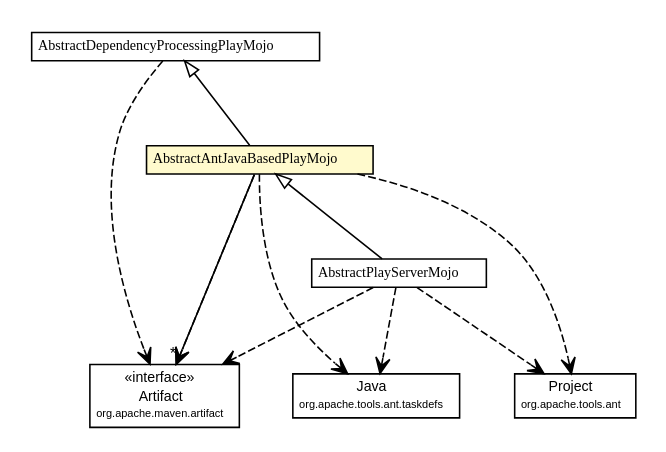
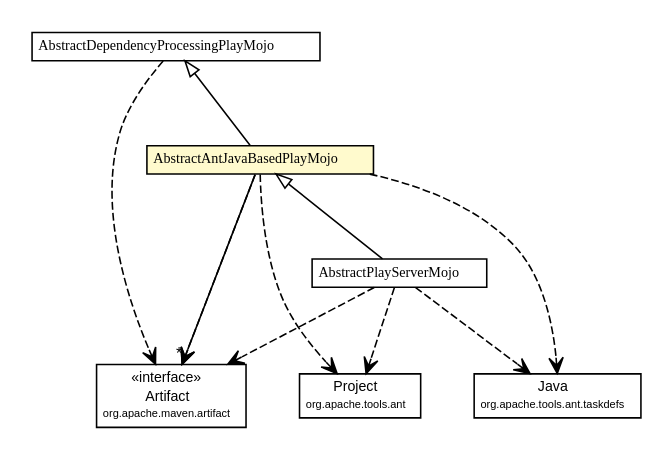
The diagram in play1-maven-plugin/1.0.0-beta8-SNAPSHOT/play-maven-plugin/apidocs/com/google/code/play/AbstractAntJavaBasedPlayMojo.dot (play1-maven-plugin/play1-maven-plugin.github.io), drawn with Graphviz before and after one commit. The commit also changed 232 other files, not shown here.

Commit message:
"play-maven-plugin" site for version "1.0.0-beta8-SNAPSHOT" updated.

```diff
--- a/play1-maven-plugin/1.0.0-beta8-SNAPSHOT/play-maven-plugin/apidocs/com/google/code/play/AbstractAntJavaBasedPlayMojo.dot
+++ b/play1-maven-plugin/1.0.0-beta8-SNAPSHOT/play-maven-plugin/apidocs/com/google/code/play/AbstractAntJavaBasedPlayMojo.dot
@@ -1,72 +1,72 @@
 #!/usr/local/bin/dot
 #
 # Class diagram 
 # Generated by UMLGraph version R5_6-24-gf6e263 (http://www.umlgraph.org/)
 #
 
 digraph G {
 	edge [fontname="arial",fontsize=10,labelfontname="arial",labelfontsize=10];
 	node [fontname="arial",fontsize=10,shape=plaintext];
 	nodesep=0.25;
 	ranksep=0.5;
 	// com.google.code.play.AbstractPlayServerMojo
 	c117 [label=<<table title="com.google.code.play.AbstractPlayServerMojo" border="0" cellborder="1" cellspacing="0" cellpadding="2" port="p" href="./AbstractPlayServerMojo.html">
 		<tr><td><table border="0" cellspacing="0" cellpadding="1">
 <tr><td align="center" balign="center"><font face="arial italic"> AbstractPlayServerMojo </font></td></tr>
 		</table></td></tr>
 		</table>>, URL="./AbstractPlayServerMojo.html", fontname="arial", fontcolor="black", fontsize=9.0];
 	// com.google.code.play.AbstractDependencyProcessingPlayMojo
 	c129 [label=<<table title="com.google.code.play.AbstractDependencyProcessingPlayMojo" border="0" cellborder="1" cellspacing="0" cellpadding="2" port="p" href="./AbstractDependencyProcessingPlayMojo.html">
 		<tr><td><table border="0" cellspacing="0" cellpadding="1">
 <tr><td align="center" balign="center"><font face="arial italic"> AbstractDependencyProcessingPlayMojo </font></td></tr>
 		</table></td></tr>
 		</table>>, URL="./AbstractDependencyProcessingPlayMojo.html", fontname="arial", fontcolor="black", fontsize=9.0];
 	// com.google.code.play.AbstractAntJavaBasedPlayMojo
 	c132 [label=<<table title="com.google.code.play.AbstractAntJavaBasedPlayMojo" border="0" cellborder="1" cellspacing="0" cellpadding="2" port="p" bgcolor="lemonChiffon" href="./AbstractAntJavaBasedPlayMojo.html">
 		<tr><td><table border="0" cellspacing="0" cellpadding="1">
 <tr><td align="center" balign="center"><font face="arial italic"> AbstractAntJavaBasedPlayMojo </font></td></tr>
 		</table></td></tr>
 		</table>>, URL="./AbstractAntJavaBasedPlayMojo.html", fontname="arial", fontcolor="black", fontsize=9.0];
 	//com.google.code.play.AbstractPlayServerMojo extends com.google.code.play.AbstractAntJavaBasedPlayMojo
 	c132:p -> c117:p [dir=back,arrowtail=empty];
 	//com.google.code.play.AbstractAntJavaBasedPlayMojo extends com.google.code.play.AbstractDependencyProcessingPlayMojo
 	c129:p -> c132:p [dir=back,arrowtail=empty];
 	// com.google.code.play.AbstractAntJavaBasedPlayMojo NAVASSOC org.apache.maven.artifact.Artifact
 	c132:p -> c147:p [taillabel="", label="", headlabel="*", fontname="arial", fontcolor="black", fontsize=10.0, color="black", arrowhead=open];
+	// com.google.code.play.AbstractPlayServerMojo DEPEND org.apache.tools.ant.taskdefs.Java
+	c117:p -> c163:p [taillabel="", label="", headlabel="", fontname="arial", fontcolor="black", fontsize=10.0, color="black", arrowhead=open, style=dashed];
+	// com.google.code.play.AbstractPlayServerMojo DEPEND org.apache.tools.ant.Project
+	c117:p -> c175:p [taillabel="", label="", headlabel="", fontname="arial", fontcolor="black", fontsize=10.0, color="black", arrowhead=open, style=dashed];
 	// com.google.code.play.AbstractPlayServerMojo DEPEND org.apache.maven.artifact.Artifact
 	c117:p -> c147:p [taillabel="", label="", headlabel="", fontname="arial", fontcolor="black", fontsize=10.0, color="black", arrowhead=open, style=dashed];
-	// com.google.code.play.AbstractPlayServerMojo DEPEND org.apache.tools.ant.Project
-	c117:p -> c168:p [taillabel="", label="", headlabel="", fontname="arial", fontcolor="black", fontsize=10.0, color="black", arrowhead=open, style=dashed];
-	// com.google.code.play.AbstractPlayServerMojo DEPEND org.apache.tools.ant.taskdefs.Java
-	c117:p -> c181:p [taillabel="", label="", headlabel="", fontname="arial", fontcolor="black", fontsize=10.0, color="black", arrowhead=open, style=dashed];
 	// com.google.code.play.AbstractDependencyProcessingPlayMojo DEPEND org.apache.maven.artifact.Artifact
 	c129:p -> c147:p [taillabel="", label="", headlabel="", fontname="arial", fontcolor="black", fontsize=10.0, color="black", arrowhead=open, style=dashed];
+	// com.google.code.play.AbstractAntJavaBasedPlayMojo DEPEND org.apache.tools.ant.taskdefs.Java
+	c132:p -> c163:p [taillabel="", label="", headlabel="", fontname="arial", fontcolor="black", fontsize=10.0, color="black", arrowhead=open, style=dashed];
+	// com.google.code.play.AbstractAntJavaBasedPlayMojo DEPEND org.apache.tools.ant.Project
+	c132:p -> c175:p [taillabel="", label="", headlabel="", fontname="arial", fontcolor="black", fontsize=10.0, color="black", arrowhead=open, style=dashed];
 	// com.google.code.play.AbstractAntJavaBasedPlayMojo DEPEND org.apache.maven.artifact.Artifact
 	c132:p -> c147:p [taillabel="", label="", headlabel="", fontname="arial", fontcolor="black", fontsize=10.0, color="black", arrowhead=open, style=dashed];
-	// com.google.code.play.AbstractAntJavaBasedPlayMojo DEPEND org.apache.tools.ant.Project
-	c132:p -> c168:p [taillabel="", label="", headlabel="", fontname="arial", fontcolor="black", fontsize=10.0, color="black", arrowhead=open, style=dashed];
-	// com.google.code.play.AbstractAntJavaBasedPlayMojo DEPEND org.apache.tools.ant.taskdefs.Java
-	c132:p -> c181:p [taillabel="", label="", headlabel="", fontname="arial", fontcolor="black", fontsize=10.0, color="black", arrowhead=open, style=dashed];
 	// org.apache.tools.ant.Project
-	c168 [label=<<table title="org.apache.tools.ant.Project" border="0" cellborder="1" cellspacing="0" cellpadding="2" port="p" href="http://play1-maven-plugin.github.io/external-apidocs/org/apache/ant/ant/1.9.4/org/apache/tools/ant/Project.html">
+	c175 [label=<<table title="org.apache.tools.ant.Project" border="0" cellborder="1" cellspacing="0" cellpadding="2" port="p" href="http://play1-maven-plugin.github.io/external-apidocs/org/apache/ant/ant/1.9.4/org/apache/tools/ant/Project.html">
 		<tr><td><table border="0" cellspacing="0" cellpadding="1">
 <tr><td align="center" balign="center"> Project </td></tr>
 <tr><td align="center" balign="center"><font point-size="7.0"> org.apache.tools.ant </font></td></tr>
 		</table></td></tr>
 		</table>>, URL="http://play1-maven-plugin.github.io/external-apidocs/org/apache/ant/ant/1.9.4/org/apache/tools/ant/Project.html", fontname="arial", fontcolor="black", fontsize=9.0];
 	// org.apache.maven.artifact.Artifact
 	c147 [label=<<table title="org.apache.maven.artifact.Artifact" border="0" cellborder="1" cellspacing="0" cellpadding="2" port="p" href="http://maven.apache.org/ref/2.2.1/maven-artifact/apidocs/org/apache/maven/artifact/Artifact.html">
 		<tr><td><table border="0" cellspacing="0" cellpadding="1">
 <tr><td align="center" balign="center"> &#171;interface&#187; </td></tr>
 <tr><td align="center" balign="center"> Artifact </td></tr>
 <tr><td align="center" balign="center"><font point-size="7.0"> org.apache.maven.artifact </font></td></tr>
 		</table></td></tr>
 		</table>>, URL="http://maven.apache.org/ref/2.2.1/maven-artifact/apidocs/org/apache/maven/artifact/Artifact.html", fontname="arial", fontcolor="black", fontsize=9.0];
 	// org.apache.tools.ant.taskdefs.Java
-	c181 [label=<<table title="org.apache.tools.ant.taskdefs.Java" border="0" cellborder="1" cellspacing="0" cellpadding="2" port="p" href="http://play1-maven-plugin.github.io/external-apidocs/org/apache/ant/ant/1.9.4/org/apache/tools/ant/taskdefs/Java.html">
+	c163 [label=<<table title="org.apache.tools.ant.taskdefs.Java" border="0" cellborder="1" cellspacing="0" cellpadding="2" port="p" href="http://play1-maven-plugin.github.io/external-apidocs/org/apache/ant/ant/1.9.4/org/apache/tools/ant/taskdefs/Java.html">
 		<tr><td><table border="0" cellspacing="0" cellpadding="1">
 <tr><td align="center" balign="center"> Java </td></tr>
 <tr><td align="center" balign="center"><font point-size="7.0"> org.apache.tools.ant.taskdefs </font></td></tr>
 		</table></td></tr>
 		</table>>, URL="http://play1-maven-plugin.github.io/external-apidocs/org/apache/ant/ant/1.9.4/org/apache/tools/ant/taskdefs/Java.html", fontname="arial", fontcolor="black", fontsize=9.0];
 }
```
